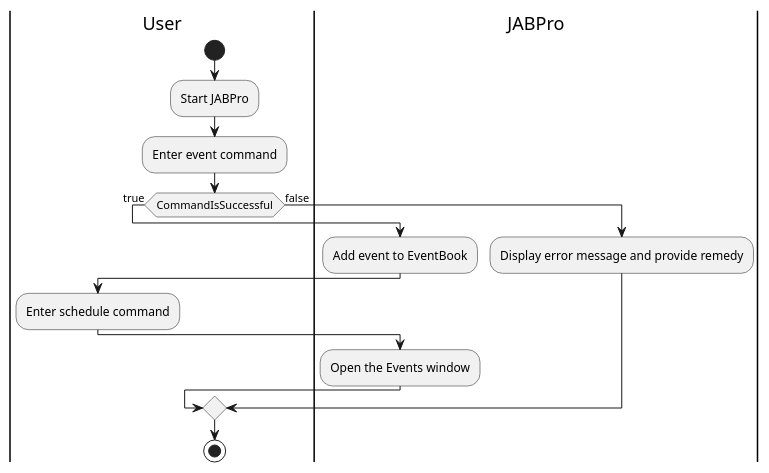
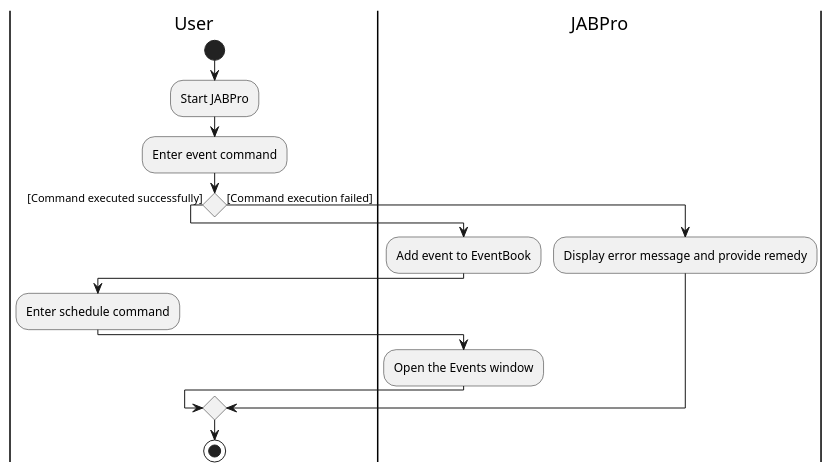
The diagram in docs/diagrams/eventactivitydiagram.puml (nus-cs2103-AY2324S1/tp), drawn with PlantUML before and after one commit. The commit also changed 2 other files, not shown here.

```diff
--- a/docs/diagrams/eventactivitydiagram.puml
+++ b/docs/diagrams/eventactivitydiagram.puml
@@ -1,24 +1,24 @@
 @startuml
 'https://plantuml.com/activity-diagram-beta
 |User|
 start
 :Start JABPro;
 :Enter event command;
-if (CommandIsSuccessful) then (true)
+if () then ([Command executed successfully])
   |JABPro|
   :Add event to EventBook;
   |User|
   :Enter schedule command;
   |JABPro|
   :Open the Events window;
   |User|
-else (false)
+else ([Command execution failed])
   |JABPro|
   :Display error message and provide remedy;
   |User|
 
 endif
 
 stop
 
 @enduml
```
